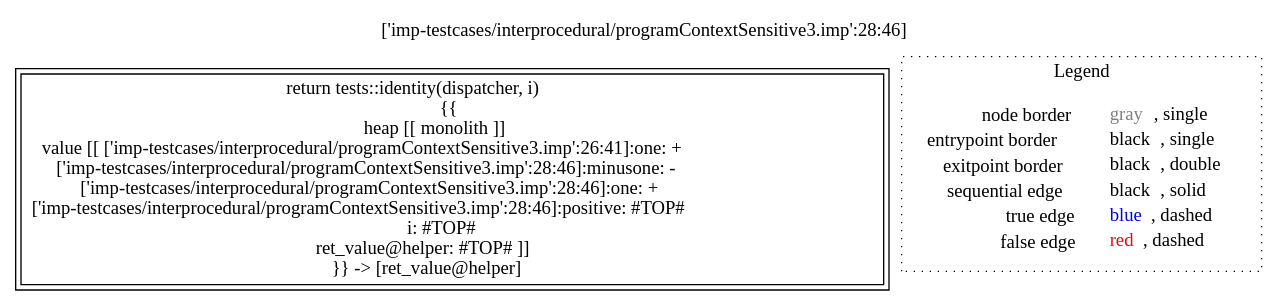
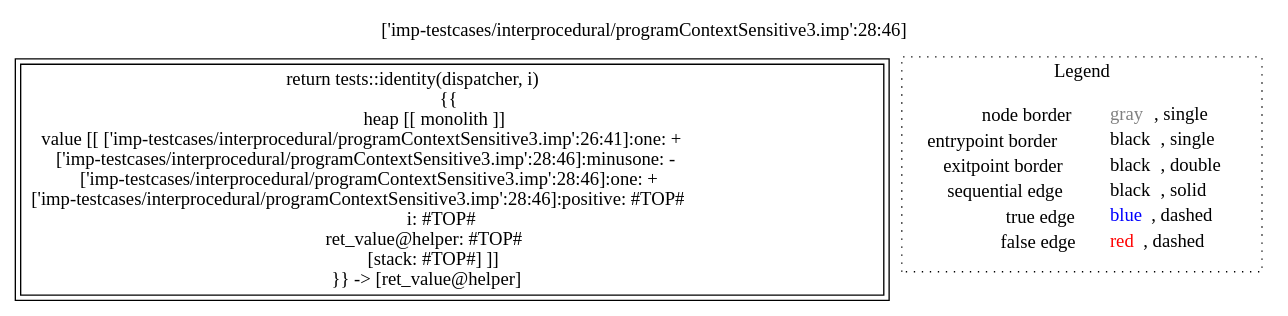
One commit to lisa-analyzer/lisa changed the diagram in lisa/lisa-core/imp-testcases/interprocedural/RTAContextSensitive3/analysis___-1719653279_untyped_tests.helper(tests_this,_untyped_i,_untyped_dispatcher).dot. Above: the diagram before and after it, drawn with Graphviz. The commit also changed 84 other files, not shown here.

```diff
--- a/lisa/lisa-core/imp-testcases/interprocedural/RTAContextSensitive3/analysis___-1719653279_untyped_tests.helper(tests_this,_untyped_i,_untyped_dispatcher).dot
+++ b/lisa/lisa-core/imp-testcases/interprocedural/RTAContextSensitive3/analysis___-1719653279_untyped_tests.helper(tests_this,_untyped_i,_untyped_dispatcher).dot
@@ -1,12 +1,12 @@
 digraph {
 	labelloc="t";
 	label="['imp-testcases/interprocedural/programContextSensitive3.imp':28:46]";
-	"node0" [shape="rect",color="black",peripheries="2",label=<return tests::identity(dispatcher, i)<BR/>{{<BR/>heap [[ monolith ]]<BR/>value [[ ['imp-testcases/interprocedural/programContextSensitive3.imp':26:41]:one: +<BR/>['imp-testcases/interprocedural/programContextSensitive3.imp':28:46]:minusone: -<BR/>['imp-testcases/interprocedural/programContextSensitive3.imp':28:46]:one: +<BR/>['imp-testcases/interprocedural/programContextSensitive3.imp':28:46]:positive: #TOP#<BR/>i: #TOP#<BR/>ret_value@helper: #TOP# ]]<BR/>}} -&gt; [ret_value@helper]>];
+	"node0" [shape="rect",color="black",peripheries="2",label=<return tests::identity(dispatcher, i)<BR/>{{<BR/>heap [[ monolith ]]<BR/>value [[ ['imp-testcases/interprocedural/programContextSensitive3.imp':26:41]:one: +<BR/>['imp-testcases/interprocedural/programContextSensitive3.imp':28:46]:minusone: -<BR/>['imp-testcases/interprocedural/programContextSensitive3.imp':28:46]:one: +<BR/>['imp-testcases/interprocedural/programContextSensitive3.imp':28:46]:positive: #TOP#<BR/>i: #TOP#<BR/>ret_value@helper: #TOP#<BR/>[stack: #TOP#] ]]<BR/>}} -&gt; [ret_value@helper]>];
 subgraph cluster_legend {
 	label="Legend";
 	style=dotted;
 	node [shape=plaintext];
 	"legend" [label=<<table border="0" cellpadding="2" cellspacing="0" cellborder="0"><tr><td align="right">node border&nbsp;</td><td align="left"><font color="gray">gray</font>, single</td></tr><tr><td align="right">entrypoint border&nbsp;</td><td align="left"><font color="black">black</font>, single</td></tr><tr><td align="right">exitpoint border&nbsp;</td><td align="left"><font color="black">black</font>, double</td></tr><tr><td align="right">sequential edge&nbsp;</td><td align="left"><font color="black">black</font>, solid</td></tr><tr><td align="right">true edge&nbsp;</td><td align="left"><font color="blue">blue</font>, dashed</td></tr><tr><td align="right">false edge&nbsp;</td><td align="left"><font color="red">red</font>, dashed</td></tr></table>>];
 }
 
 }
```
